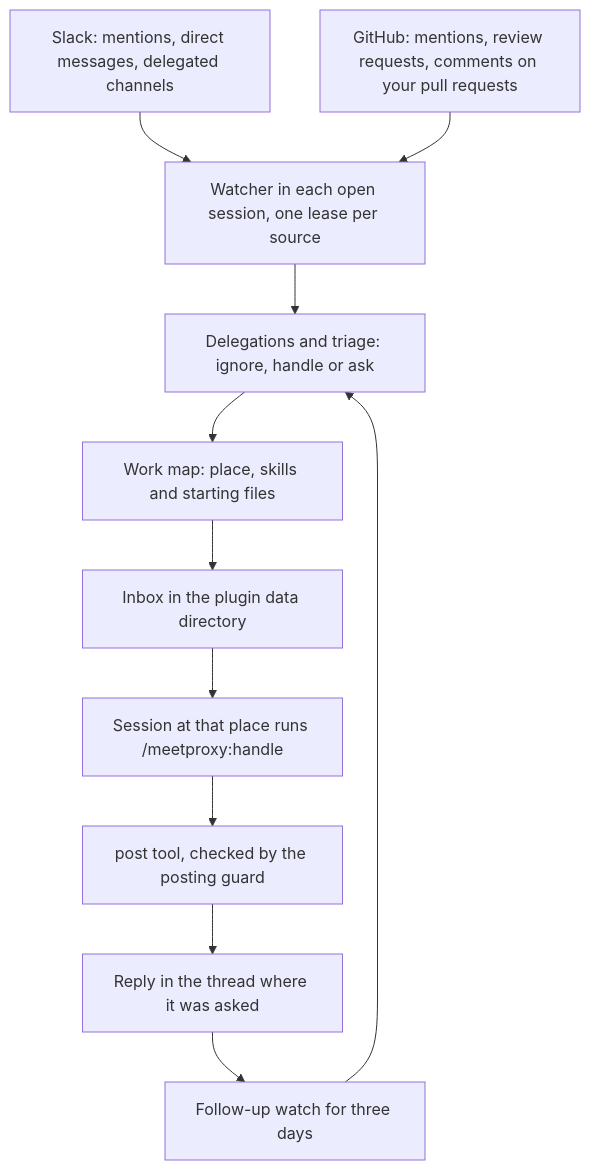
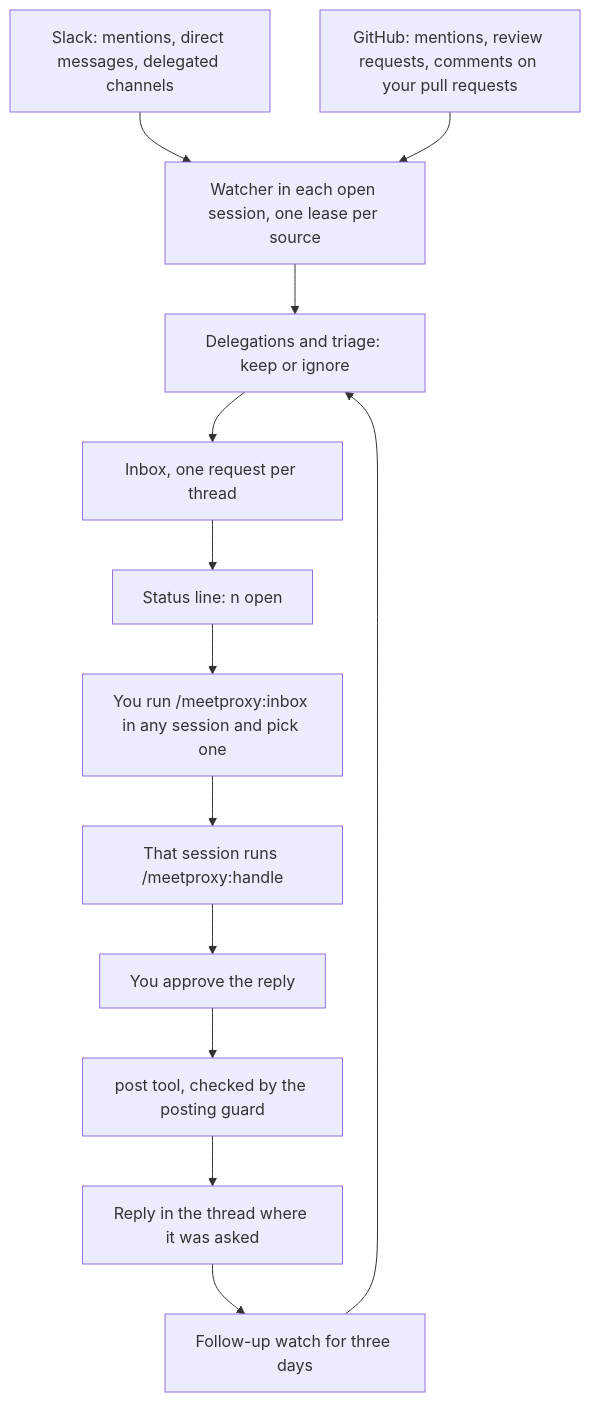
The diagram in README.md (jeon-jihyeon/meetproxy), drawn with Mermaid before and after one commit. The commit also changed other lines of this file and 50 other files, not shown here.

Commit message:
feat(meetproxy): keep requests in an inbox the user takes them from in any session

````diff
--- a/README.md
+++ b/README.md
@@ -75,13 +74,15 @@
 ```mermaid
 flowchart TD
   slack["Slack: mentions, direct messages, delegated channels"] --> watcher
   github["GitHub: mentions, review requests, comments on your pull requests"] --> watcher
-  watcher["Watcher in each open session, one lease per source"] --> sort["Delegations and triage: ignore, handle or ask"]
-  sort --> workmap["Work map: place, skills and starting files"]
-  workmap --> inbox["Inbox in the plugin data directory"]
-  inbox --> session["Session at that place runs /meetproxy:handle"]
-  session --> post["post tool, checked by the posting guard"]
+  watcher["Watcher in each open session, one lease per source"] --> sort["Delegations and triage: keep or ignore"]
+  sort --> inbox["Inbox, one request per thread"]
+  inbox --> status["Status line: n open"]
+  status --> list["You run /meetproxy:inbox in any session and pick one"]
+  list --> session["That session runs /meetproxy:handle"]
+  session --> approve["You approve the reply"]
+  approve --> post["post tool, checked by the posting guard"]
   post --> thread["Reply in the thread where it was asked"]
   thread --> watch["Follow-up watch for three days"]
   watch --> sort
 ```
````
